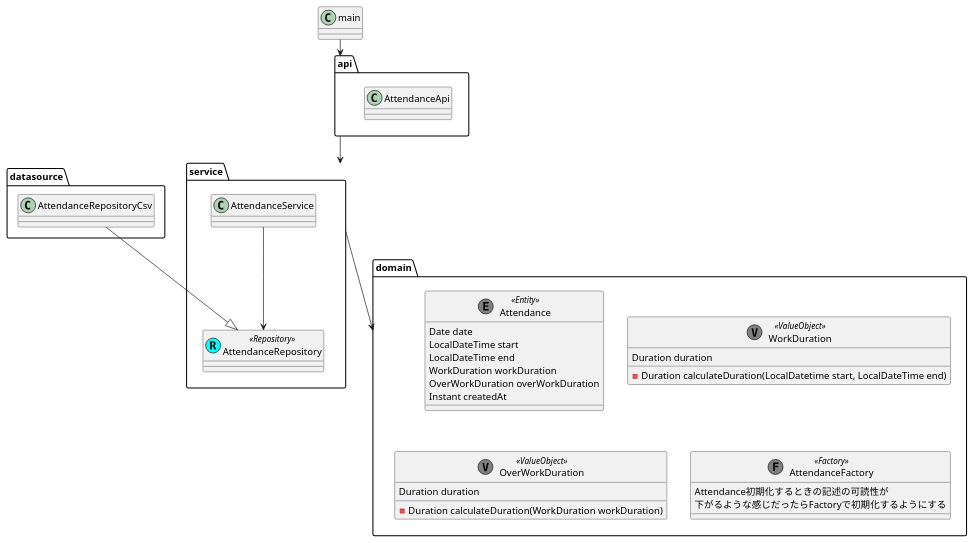
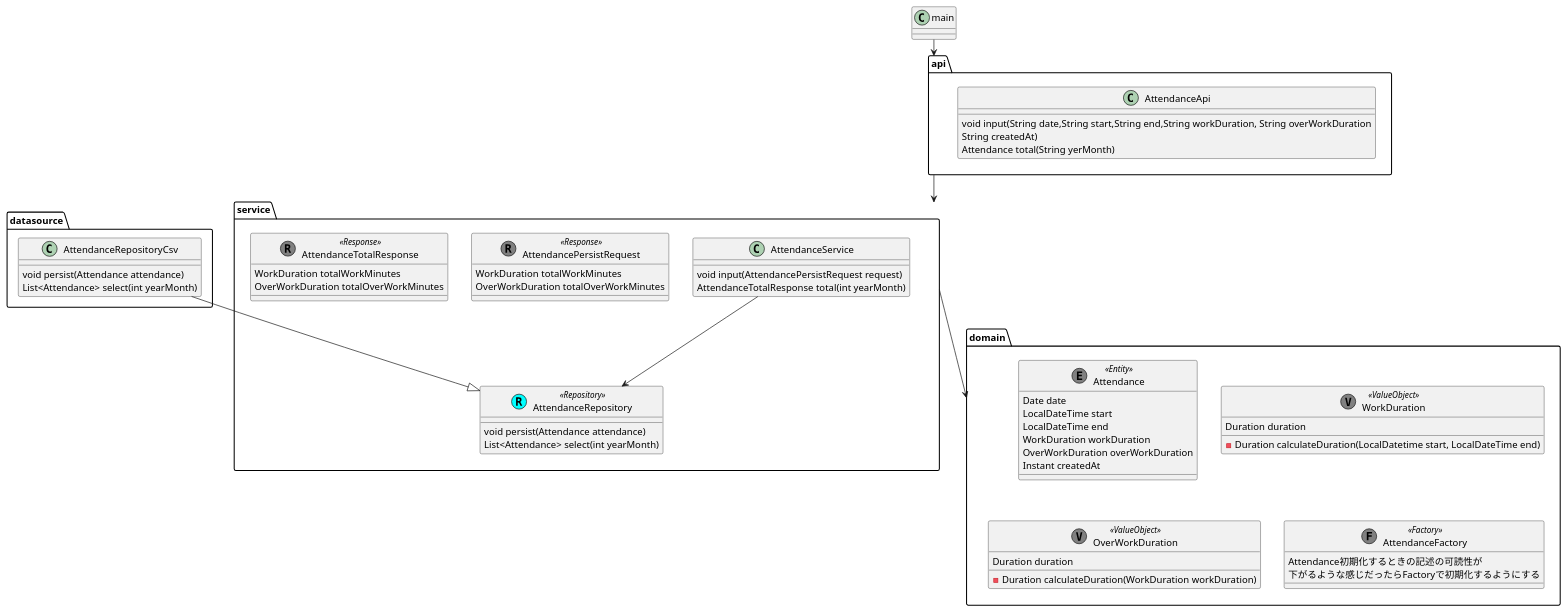
One commit to biglobe-isp/kintai changed the diagram in etc/class_diagram.puml. Above: the diagram before and after it, drawn with PlantUML. The commit also changed 1 other file, not shown here.

```diff
--- a/etc/class_diagram.puml
+++ b/etc/class_diagram.puml
@@ -1,55 +1,76 @@
 @startuml 勤怠管理クラス図
 package domain {
     class Attendance<<(E,gray) Entity>> {
         Date date
         LocalDateTime start
         LocalDateTime end
         WorkDuration workDuration
         OverWorkDuration overWorkDuration
         Instant createdAt
     }
 
     class WorkDuration<<(V,gray) ValueObject>> {
         Duration duration
         - Duration calculateDuration(LocalDatetime start, LocalDateTime end)
      }
 
      class OverWorkDuration<<(V,gray) ValueObject>> {
              Duration duration
              - Duration calculateDuration(WorkDuration workDuration)
      }
 
      class AttendanceFactory<<(F,gray) Factory>> {
         Attendance初期化するときの記述の可読性が
         下がるような感じだったらFactoryで初期化するようにする
      }
 }
 
 package datasource {
     class AttendanceRepositoryCsv {
+        void persist(Attendance attendance)
+        List<Attendance> select(int yearMonth)
     }
 }
 
 package service {
     class AttendanceRepository<<(R,Cyan) Repository>> {
+      void persist(Attendance attendance)
+      List<Attendance> select(int yearMonth)
     }
 
     class AttendanceService {
+       void input(AttendancePersistRequest request)
+       AttendanceTotalResponse total(int yearMonth)
+    }
+
+    class AttendancePersistRequest<<(R,gray) Response>> {
+            WorkDuration totalWorkMinutes
+            OverWorkDuration totalOverWorkMinutes
+    }
+
+
+    class AttendanceTotalResponse<<(R,gray) Response>> {
+        WorkDuration totalWorkMinutes
+        OverWorkDuration totalOverWorkMinutes
     }
 }
 
 package api {
     class AttendanceApi {
+        void input(String date,String start,String end,String workDuration, String overWorkDuration
+                           String createdAt)
+        Attendance total(String yerMonth)
     }
+
 }
 
 class main {
 }
 
 main --> api
 api --> service
 service --> domain
 AttendanceRepositoryCsv --|> AttendanceRepository
 AttendanceService --> AttendanceRepository
 
 @enduml
```
